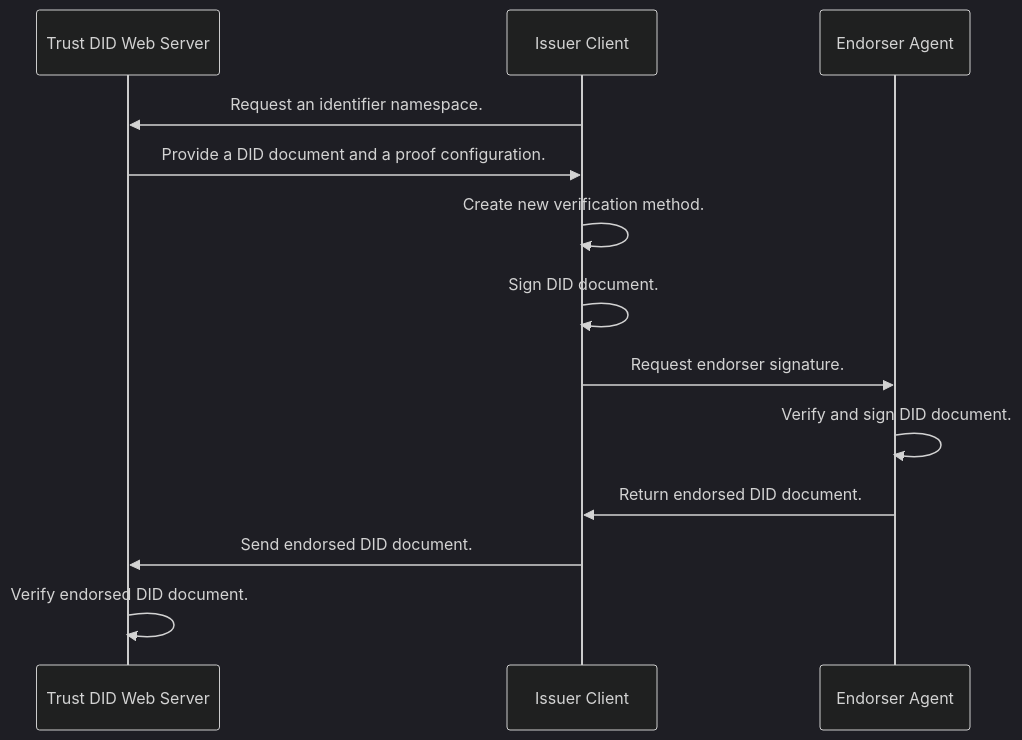
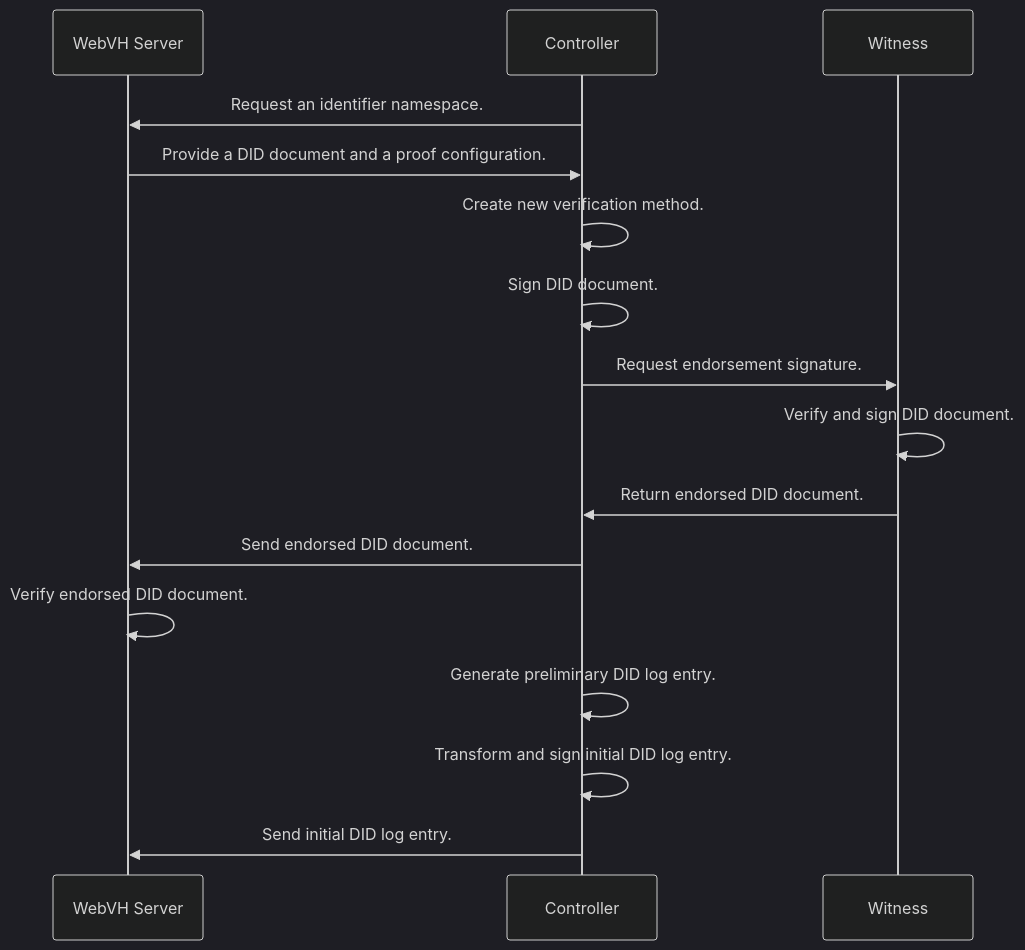
Before and after one commit to decentralized-identity/didwebvh-server-py: the diagram in README.md, drawn with Mermaid (dark theme). The commit also changed other lines of this file and 8 other files, not shown here.

````diff
--- a/README.md
+++ b/README.md
@@ -28,15 +28,18 @@
 ```mermaid
 sequenceDiagram
-    participant Trust DID Web Server
-    participant Issuer Client
-    participant Endorser Agent
-    Issuer Client->>Trust DID Web Server: Request an identifier namespace.
-    Trust DID Web Server->>Issuer Client: Provide a DID document and a proof configuration.
-    Issuer Client->>Issuer Client: Create new verification method.
-    Issuer Client->>Issuer Client: Sign DID document.
-    Issuer Client->>Endorser Agent: Request endorser signature.
-    Endorser Agent->>Endorser Agent: Verify and sign DID document.
-    Endorser Agent->>Issuer Client: Return endorsed DID document.
-    Issuer Client->>Trust DID Web Server: Send endorsed DID document.
-    Trust DID Web Server->>Trust DID Web Server: Verify endorsed DID document.
+    participant WebVH Server
+    participant Controller
+    participant Witness
+    Controller->>WebVH Server: Request an identifier namespace.
+    WebVH Server->>Controller: Provide a DID document and a proof configuration.
+    Controller->>Controller: Create new verification method.
+    Controller->>Controller: Sign DID document.
+    Controller->>Witness: Request endorsement signature.
+    Witness->>Witness: Verify and sign DID document.
+    Witness->>Controller: Return endorsed DID document.
+    Controller->>WebVH Server: Send endorsed DID document.
+    WebVH Server->>WebVH Server: Verify endorsed DID document.
+    Controller->>Controller: Generate preliminary DID log entry.
+    Controller->>Controller: Transform and sign initial DID log entry.
+    Controller->>WebVH Server: Send initial DID log entry.
 ```
````
